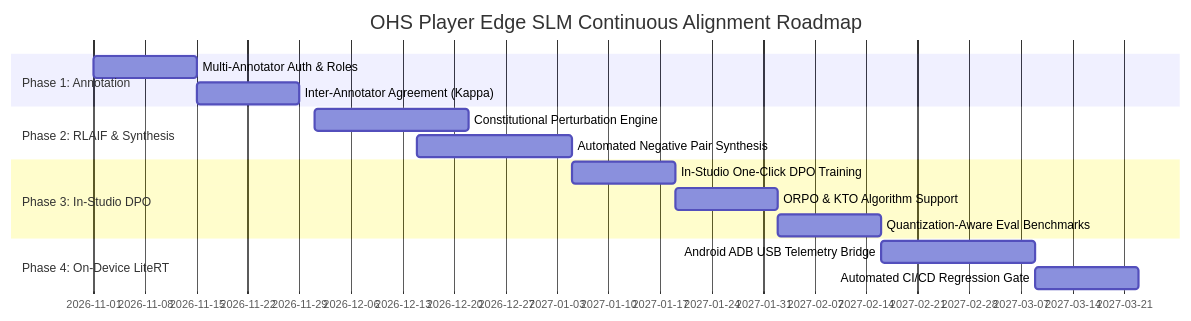
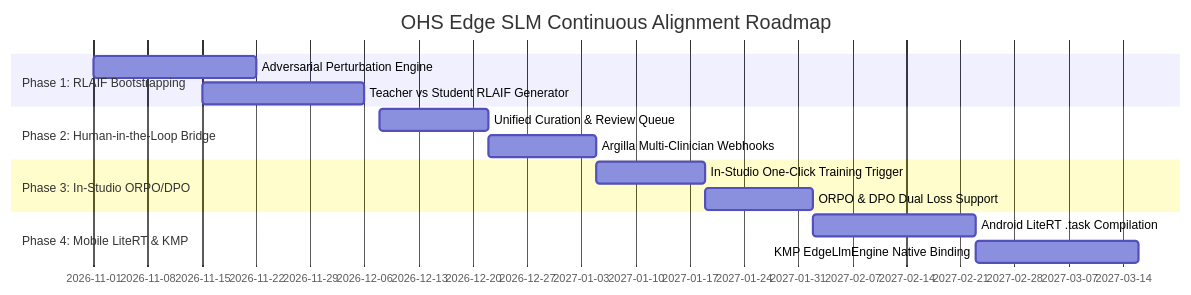
The third of 3 diagrams in OHS_SLM_STUDIO_SPEC_AND_ROADMAP.md (fredhersch/ohs-edge-evals), drawn with Mermaid before and after one commit. The commit also changed other lines of this file and 11 other files, not shown here.

Commit message:
feat: complete OHS Edge evaluation framework, KMP Android/iOS SLM runtime, and DPO alignment suite

````diff
--- a/OHS_SLM_STUDIO_SPEC_AND_ROADMAP.md
+++ b/OHS_SLM_STUDIO_SPEC_AND_ROADMAP.md
@@ -124,18 +136,17 @@
 ```mermaid
 gantt
-    title OHS Player Edge SLM Continuous Alignment Roadmap
+    title OHS Edge SLM Continuous Alignment Roadmap
     dateFormat  YYYY-MM-DD
-    section Phase 1: Annotation
-    Multi-Annotator Auth & Roles       :2026-11-01, 14d
-    Inter-Annotator Agreement (Kappa)  :2026-11-15, 14d
-    section Phase 2: RLAIF & Synthesis
-    Constitutional Perturbation Engine :2026-12-01, 21d
-    Automated Negative Pair Synthesis  :2026-12-15, 21d
-    section Phase 3: In-Studio DPO
-    In-Studio One-Click DPO Training   :2027-01-05, 14d
-    ORPO & KTO Algorithm Support       :2027-01-19, 14d
-    Quantization-Aware Eval Benchmarks :2027-02-02, 14d
-    section Phase 4: On-Device LiteRT
-    Android ADB USB Telemetry Bridge   :2027-02-16, 21d
-    Automated CI/CD Regression Gate    :2027-03-09, 14d
+    section Phase 1: RLAIF Bootstrapping
+    Adversarial Perturbation Engine     :2026-11-01, 21d
+    Teacher vs Student RLAIF Generator  :2026-11-15, 21d
+    section Phase 2: Human-in-the-Loop Bridge
+    Unified Curation & Review Queue     :2026-12-08, 14d
+    Argilla Multi-Clinician Webhooks    :2026-12-22, 14d
+    section Phase 3: In-Studio ORPO/DPO
+    In-Studio One-Click Training Trigger :2027-01-05, 14d
+    ORPO & DPO Dual Loss Support        :2027-01-19, 14d
+    section Phase 4: Mobile LiteRT & KMP
+    Android LiteRT .task Compilation    :2027-02-02, 21d
+    KMP EdgeLlmEngine Native Binding    :2027-02-23, 21d
 ```
````
